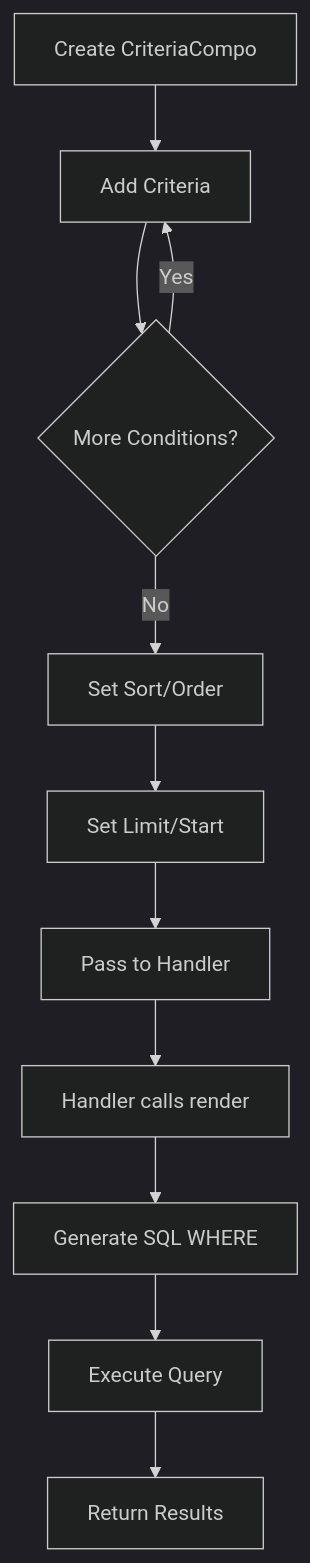
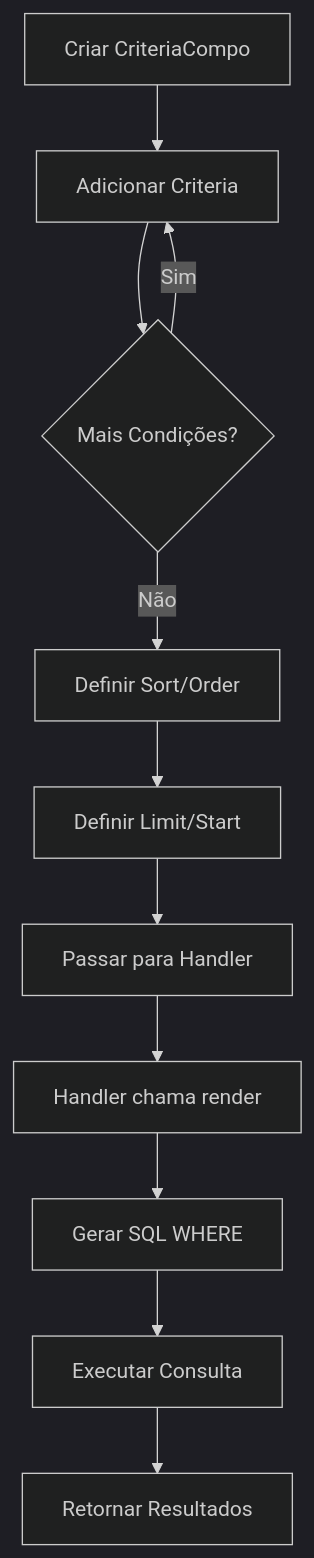
The second of 4 diagrams in apps/docs-27/src/content/docs/pt/api-reference/kernel/criteria.md (mambax7/xoops-docs), drawn with Mermaid (dark theme) before and after one commit. The commit also changed other lines of this file and 162 other files, not shown here.

````diff
--- a/apps/docs-27/src/content/docs/pt/api-reference/kernel/criteria.md
+++ b/apps/docs-27/src/content/docs/pt/api-reference/kernel/criteria.md
@@ -168,13 +168,13 @@
 ```mermaid
 flowchart TD
-    A[Create CriteriaCompo] --> B[Add Criteria]
-    B --> C{More Conditions?}
-    C -->|Yes| B
-    C -->|No| D[Set Sort/Order]
-    D --> E[Set Limit/Start]
-    E --> F[Pass to Handler]
-    F --> G[Handler calls render]
-    G --> H[Generate SQL WHERE]
-    H --> I[Execute Query]
-    I --> J[Return Results]
+    A[Criar CriteriaCompo] --> B[Adicionar Criteria]
+    B --> C{Mais Condições?}
+    C -->|Sim| B
+    C -->|Não| D[Definir Sort/Order]
+    D --> E[Definir Limit/Start]
+    E --> F[Passar para Handler]
+    F --> G[Handler chama render]
+    G --> H[Gerar SQL WHERE]
+    H --> I[Executar Consulta]
+    I --> J[Retornar Resultados]
 ```
````
